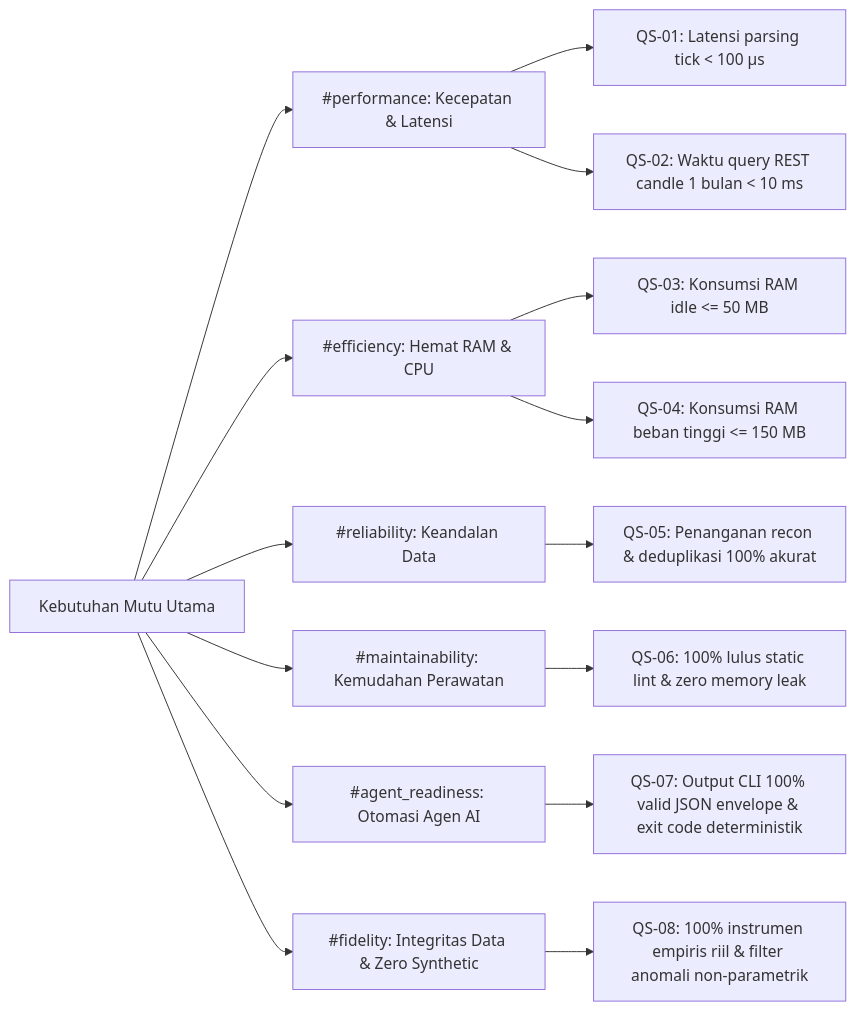
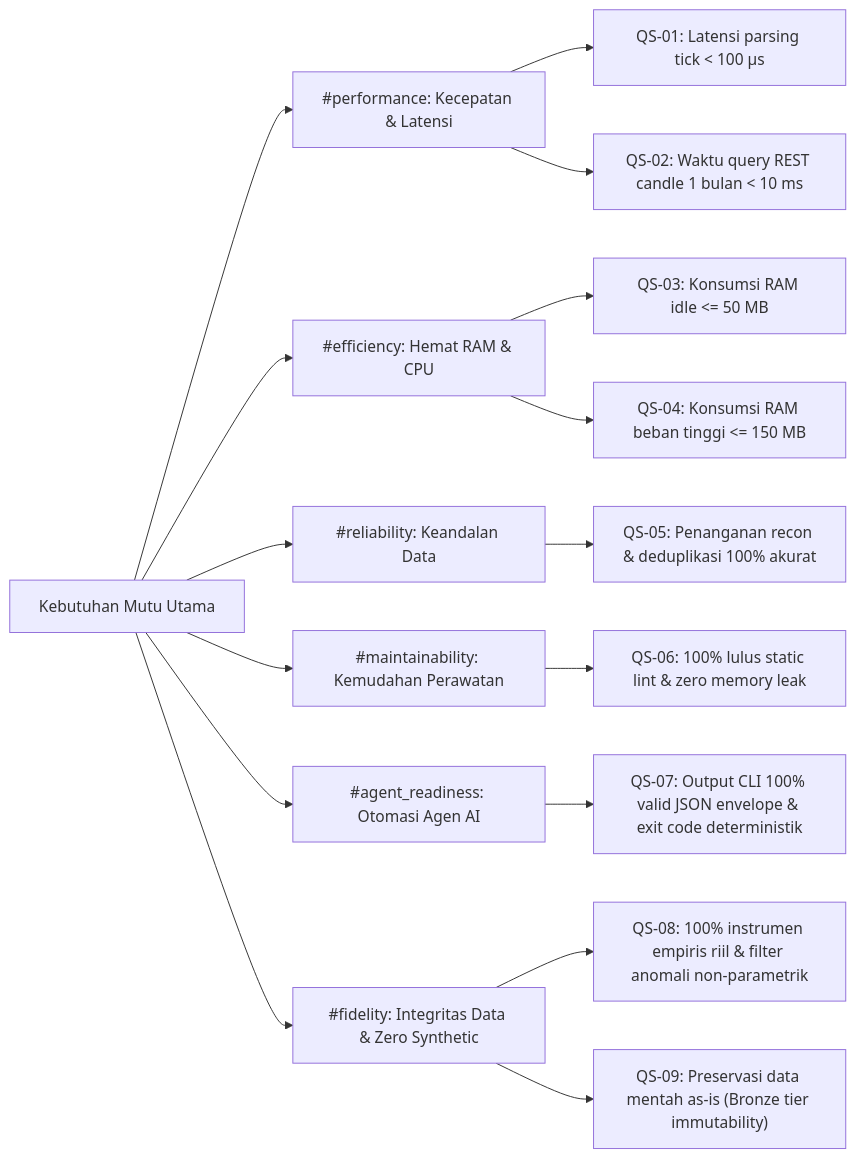
Before and after one commit to ihkaru/economy-aggregator: the diagram in docs/architecture/10_quality_requirements.md, drawn with Mermaid. The commit also changed other lines of this file and 9 other files, not shown here.

Commit message:
feat(governance): enforce bronze layer raw data fidelity, document 5-asset data traps, and decouple downstream cleaning

````diff
--- a/docs/architecture/10_quality_requirements.md
+++ b/docs/architecture/10_quality_requirements.md
@@ -12,19 +12,20 @@
 ```mermaid
 graph LR
     Q[Kebutuhan Mutu Utama]
     Q --> P[#performance: Kecepatan & Latensi]
     Q --> E[#efficiency: Hemat RAM & CPU]
     Q --> R[#reliability: Keandalan Data]
     Q --> M[#maintainability: Kemudahan Perawatan]
     Q --> A[#agent_readiness: Otomasi Agen AI]
     Q --> F[#fidelity: Integritas Data & Zero Synthetic]
 
     P --> P1["QS-01: Latensi parsing tick < 100 µs"]
     P --> P2["QS-02: Waktu query REST candle 1 bulan < 10 ms"]
     E --> E1["QS-03: Konsumsi RAM idle <= 50 MB"]
     E --> E2["QS-04: Konsumsi RAM beban tinggi <= 150 MB"]
     R --> R1["QS-05: Penanganan recon & deduplikasi 100% akurat"]
     M --> M1["QS-06: 100% lulus static lint & zero memory leak"]
     A --> A1["QS-07: Output CLI 100% valid JSON envelope & exit code deterministik"]
     F --> F1["QS-08: 100% instrumen empiris riil & filter anomali non-parametrik"]
+    F --> F2["QS-09: Preservasi data mentah as-is (Bronze tier immutability)"]
 ```
````
